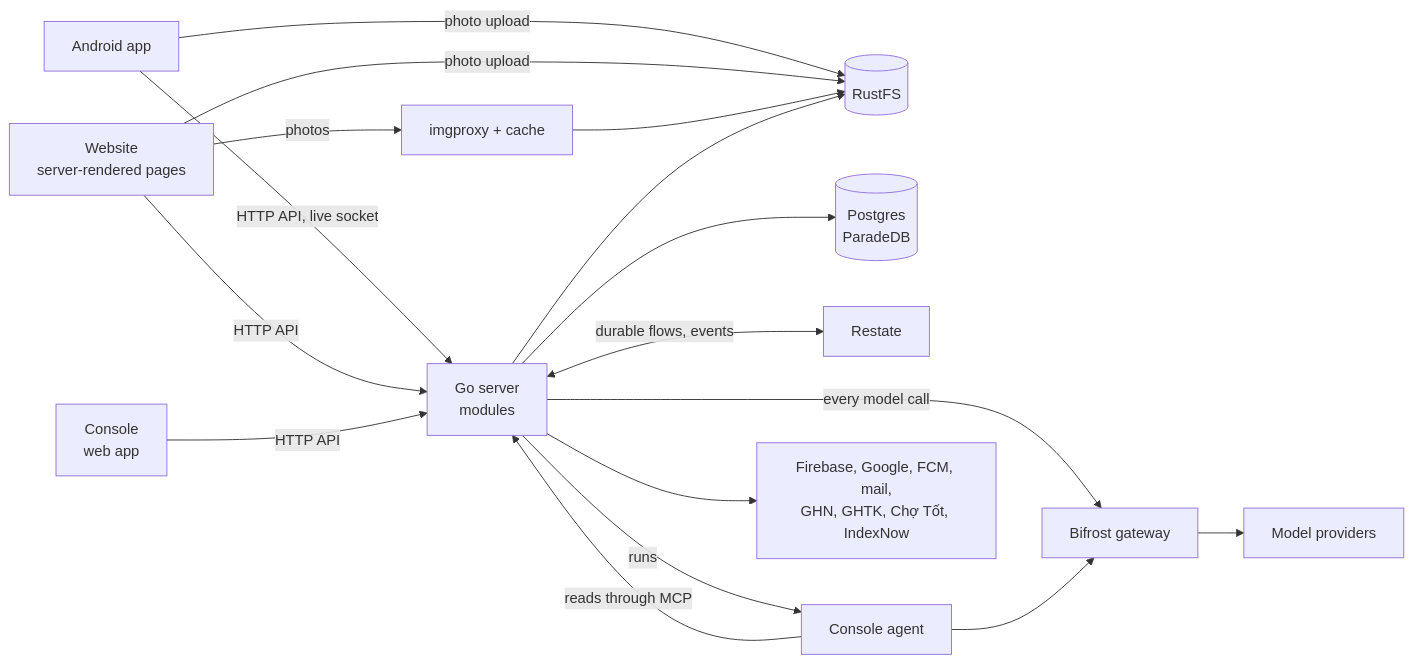
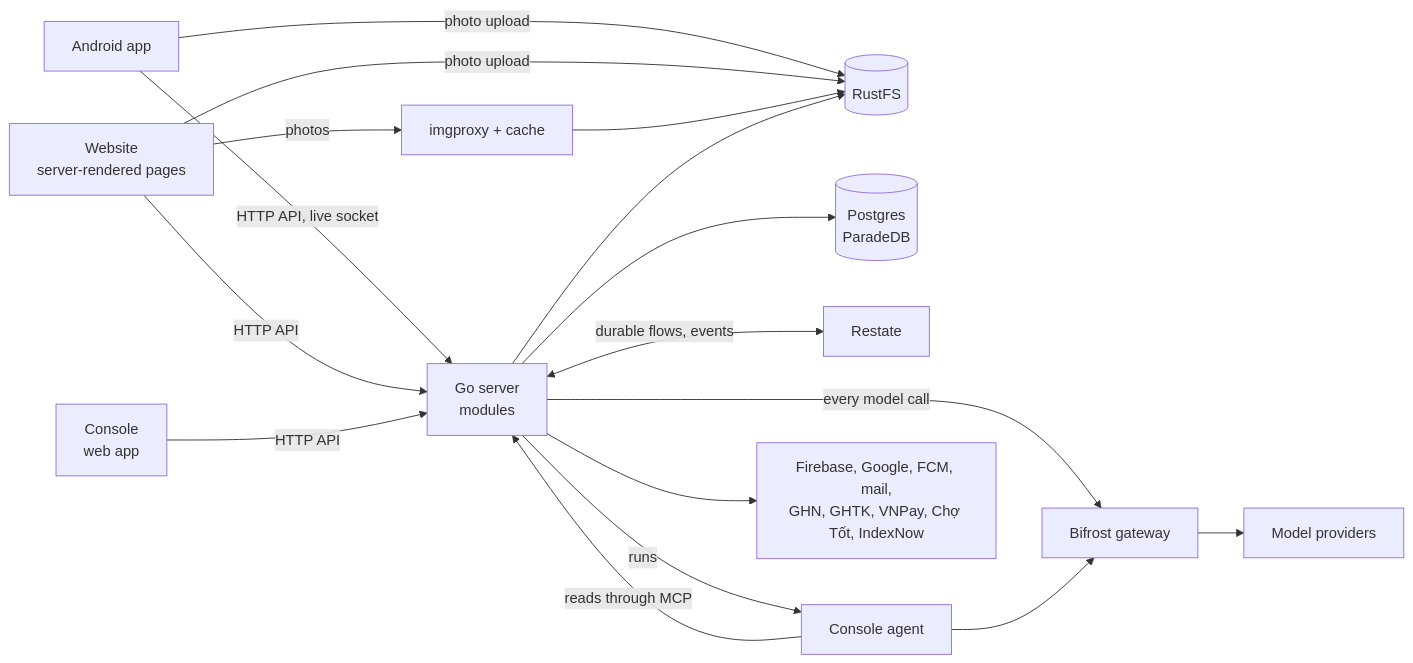
The diagram in web/src/content/docs/en/architecture/index.mdx (shopnexus/docs), drawn with Mermaid before and after one commit. The commit also changed other lines of this file and 27 other files, not shown here.

````diff
--- a/web/src/content/docs/en/architecture/index.mdx
+++ b/web/src/content/docs/en/architecture/index.mdx
@@ -18,17 +18,17 @@
 ```mermaid title="The whole system"
 flowchart LR
   app[Android app] -->|HTTP API, live socket| server
   web[Website<br/>server-rendered pages] -->|HTTP API| server
   console[Console<br/>web app] -->|HTTP API| server
   app & web -->|photo upload| rustfs[(RustFS)]
   web -->|photos| img[imgproxy + cache] --> rustfs
   server[Go server<br/>modules] --> pg[(Postgres<br/>ParadeDB)]
   server <-->|durable flows, events| restate[Restate]
   server --> rustfs
   server -->|every model call| bifrost[Bifrost gateway]
   agent[Console agent] -->|reads through MCP| server
   server -->|runs| agent
   agent --> bifrost
   bifrost --> llm[Model providers]
-  server --> outside[Firebase, Google, FCM, mail,<br/>GHN, GHTK, Chợ Tốt, IndexNow]
+  server --> outside[Firebase, Google, FCM, mail,<br/>GHN, GHTK, VNPay, Chợ Tốt, IndexNow]
 ```
````
